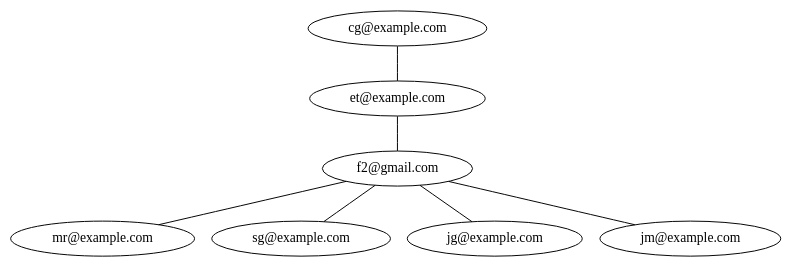
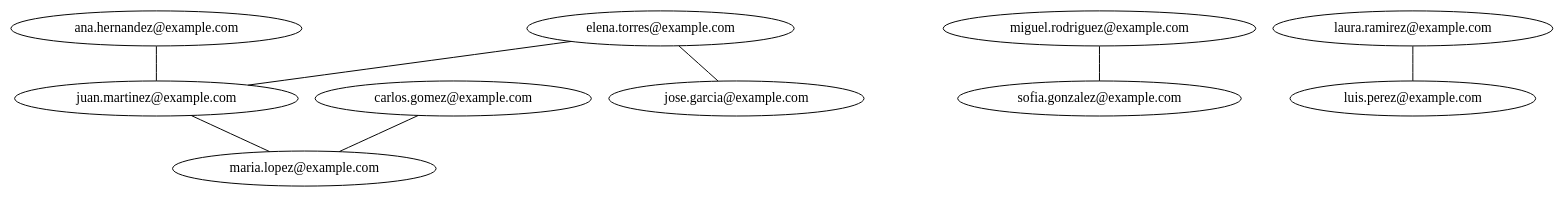
The diagram in Fase3/main/build/Desktop_Qt_6_7_2_MinGW_64_bit-Debug/grafo.dot (Kevin-alvarez1/PROYECTO_MULTIFASES_RED_SOCIAL), drawn with Graphviz before and after one commit. The commit also changed 15 other files, not shown here.

```diff
--- a/Fase3/main/build/Desktop_Qt_6_7_2_MinGW_64_bit-Debug/grafo.dot
+++ b/Fase3/main/build/Desktop_Qt_6_7_2_MinGW_64_bit-Debug/grafo.dot
@@ -1,15 +1,19 @@
 digraph G {
-"f2@gmail.com"[label="f2@gmail.com"];
-"f2@gmail.com" -> "mr@example.com"[dir=none];
-"f2@gmail.com" -> "sg@example.com"[dir=none];
-"f2@gmail.com" -> "jg@example.com"[dir=none];
-"f2@gmail.com" -> "jm@example.com"[dir=none];
-"mr@example.com"[label="mr@example.com"];
-"sg@example.com"[label="sg@example.com"];
-"jg@example.com"[label="jg@example.com"];
-"jm@example.com"[label="jm@example.com"];
-"et@example.com"[label="et@example.com"];
-"et@example.com" -> "f2@gmail.com"[dir=none];
-"cg@example.com"[label="cg@example.com"];
-"cg@example.com" -> "et@example.com"[dir=none];
+"ana.hernandez@example.com"[label="ana.hernandez@example.com"];
+"ana.hernandez@example.com" -> "juan.martinez@example.com"[dir=none];
+"juan.martinez@example.com"[label="juan.martinez@example.com"];
+"juan.martinez@example.com" -> "maria.lopez@example.com"[dir=none];
+"miguel.rodriguez@example.com"[label="miguel.rodriguez@example.com"];
+"miguel.rodriguez@example.com" -> "sofia.gonzalez@example.com"[dir=none];
+"sofia.gonzalez@example.com"[label="sofia.gonzalez@example.com"];
+"luis.perez@example.com"[label="luis.perez@example.com"];
+"laura.ramirez@example.com"[label="laura.ramirez@example.com"];
+"laura.ramirez@example.com" -> "luis.perez@example.com"[dir=none];
+"carlos.gomez@example.com"[label="carlos.gomez@example.com"];
+"carlos.gomez@example.com" -> "maria.lopez@example.com"[dir=none];
+"maria.lopez@example.com"[label="maria.lopez@example.com"];
+"jose.garcia@example.com"[label="jose.garcia@example.com"];
+"elena.torres@example.com"[label="elena.torres@example.com"];
+"elena.torres@example.com" -> "jose.garcia@example.com"[dir=none];
+"elena.torres@example.com" -> "juan.martinez@example.com"[dir=none];
 }
```
